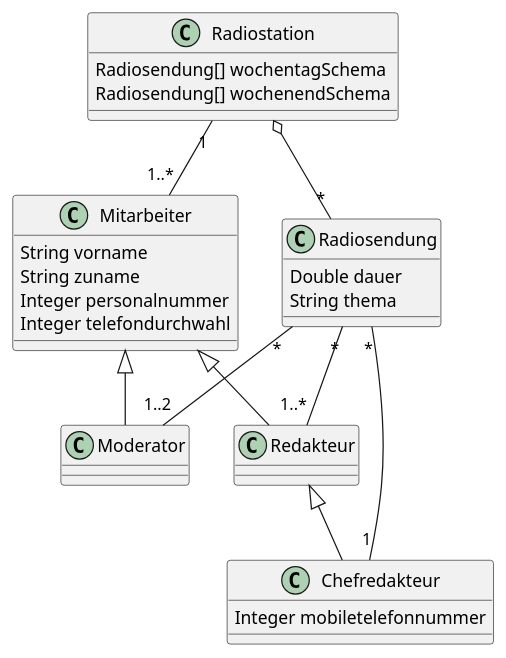
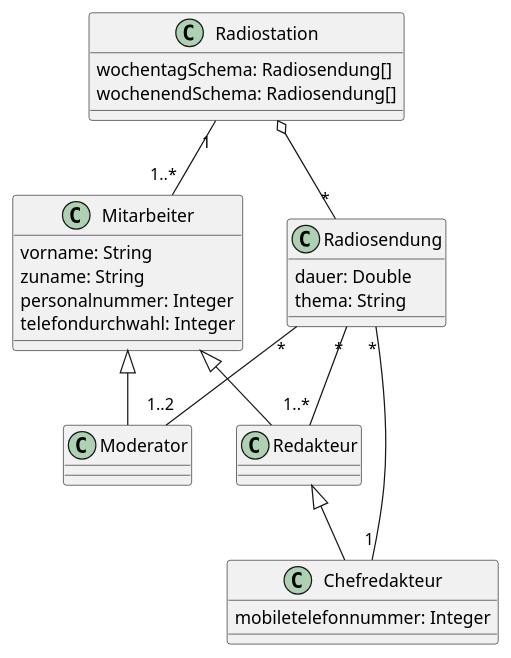
Before and after one commit to TheLongJourneyHome/materna-trainee: the diagram in exercises/src/main/java/org/example/uml/RadioprogrammVerwaltung.puml, drawn with PlantUML. The commit also changed 3 other files, not shown here.

Commit message:
Edit Radio UML and first UML version of CandyLord

```diff
--- a/exercises/src/main/java/org/example/uml/RadioprogrammVerwaltung.puml
+++ b/exercises/src/main/java/org/example/uml/RadioprogrammVerwaltung.puml
@@ -1,41 +1,41 @@
 @startuml
 'https://plantuml.com/class-diagram
 
 /'Radiostation o-- "*" Radiosendung : aggregation'/
 Radiostation o-- "*" Radiosendung
 Radiostation "1" -- "1..*" Mitarbeiter
 Mitarbeiter <|-- Moderator
 Mitarbeiter <|-- Redakteur
 Redakteur <|-- Chefredakteur
 Radiosendung "*" -- "1..2" Moderator
 Radiosendung "*" -- "1..*" Redakteur
 Radiosendung "*" -- "1" Chefredakteur
 
 class Radiostation {
-Radiosendung[] wochentagSchema
-Radiosendung[] wochenendSchema
+wochentagSchema: Radiosendung[]
+wochenendSchema: Radiosendung[]
 }
 
 class Radiosendung {
-Double dauer
-String thema
+dauer: Double
+thema: String
 }
 
 class Mitarbeiter {
-String vorname
-String zuname
-Integer personalnummer
-Integer telefondurchwahl
+vorname: String
+zuname: String
+personalnummer: Integer
+telefondurchwahl: Integer
 }
 
 class Moderator {
 }
 
 class Redakteur {
 }
 
 class Chefredakteur {
-Integer mobiletelefonnummer
+mobiletelefonnummer: Integer
 }
 
 @enduml
```
